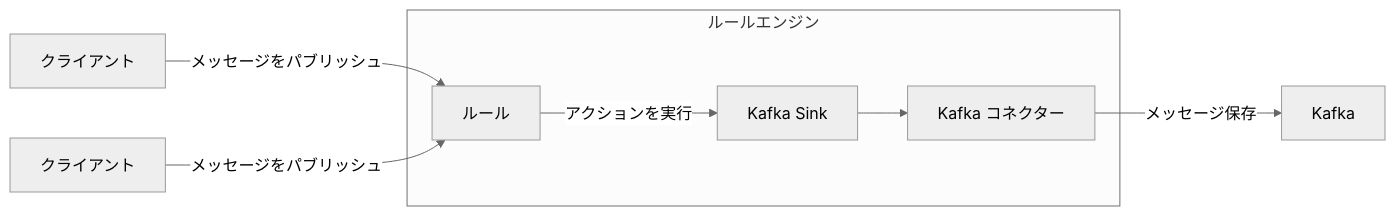
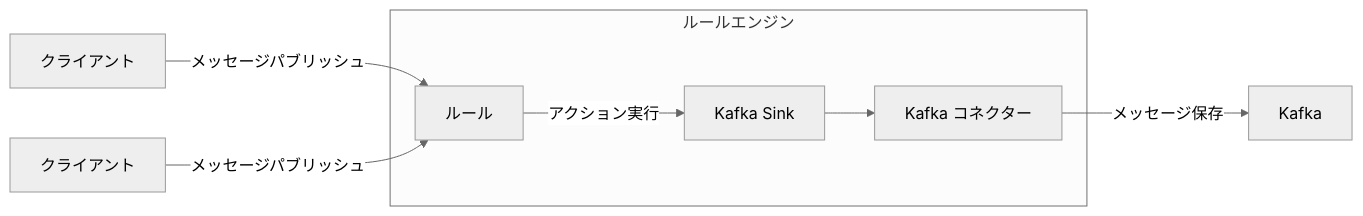
Before and after one commit to emqx/emqx-docs: the first of 2 diagrams in ja_JP/data-integration/data-bridges.md, drawn with Mermaid (neutral theme). The commit also changed other lines of this file and 82 other files, not shown here.

````diff
--- a/ja_JP/data-integration/data-bridges.md
+++ b/ja_JP/data-integration/data-bridges.md
@@ -39,11 +39,11 @@
 ```mermaid
 graph LR
-  A[クライアント] -->|メッセージをパブリッシュ| B[ルール]
-  A1[クライアント] --> |メッセージをパブリッシュ| B
+  A[クライアント] -->|メッセージパブリッシュ| B[ルール]
+  A1[クライアント] --> |メッセージパブリッシュ| B
 
   subgraph ルールエンジン
-    B -->  |アクションを実行| C[Kafka Sink] --> D[Kafka コネクター]
+    B -->  |アクション実行| C[Kafka Sink] --> D[Kafka コネクター]
   end
 
 D -->|メッセージ保存| E[Kafka]
 ```
````
